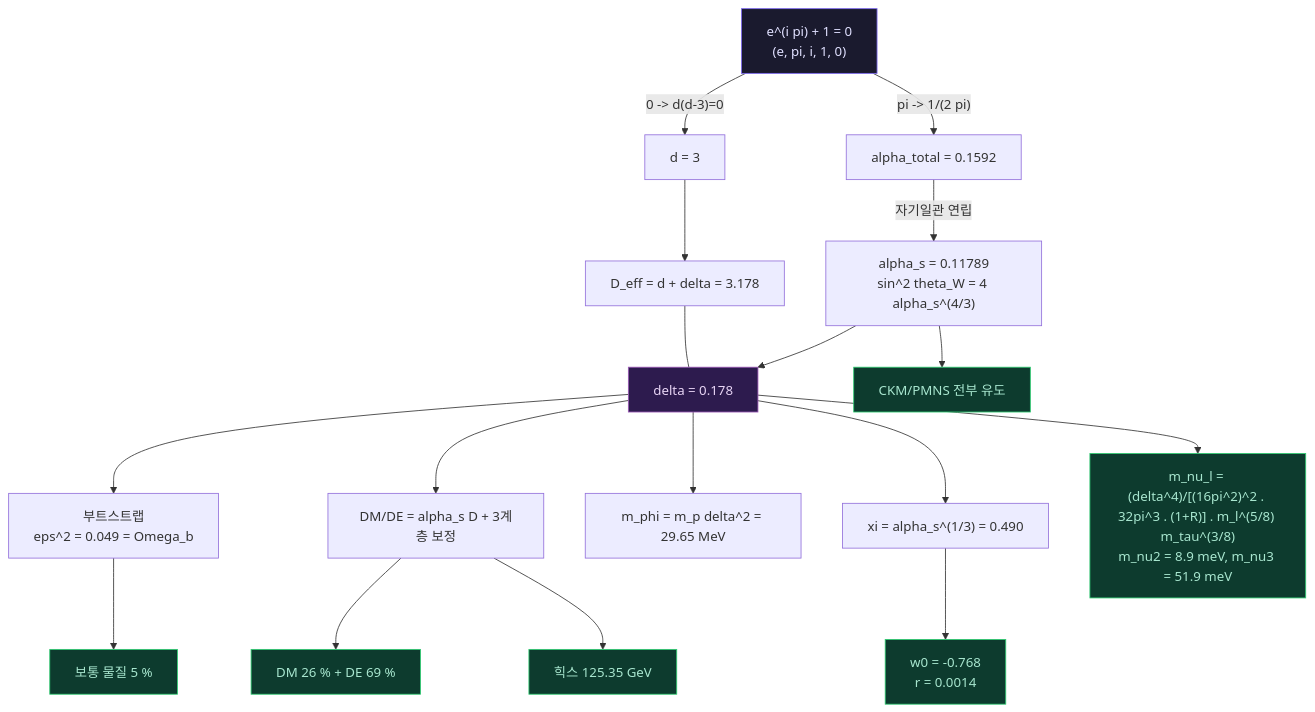
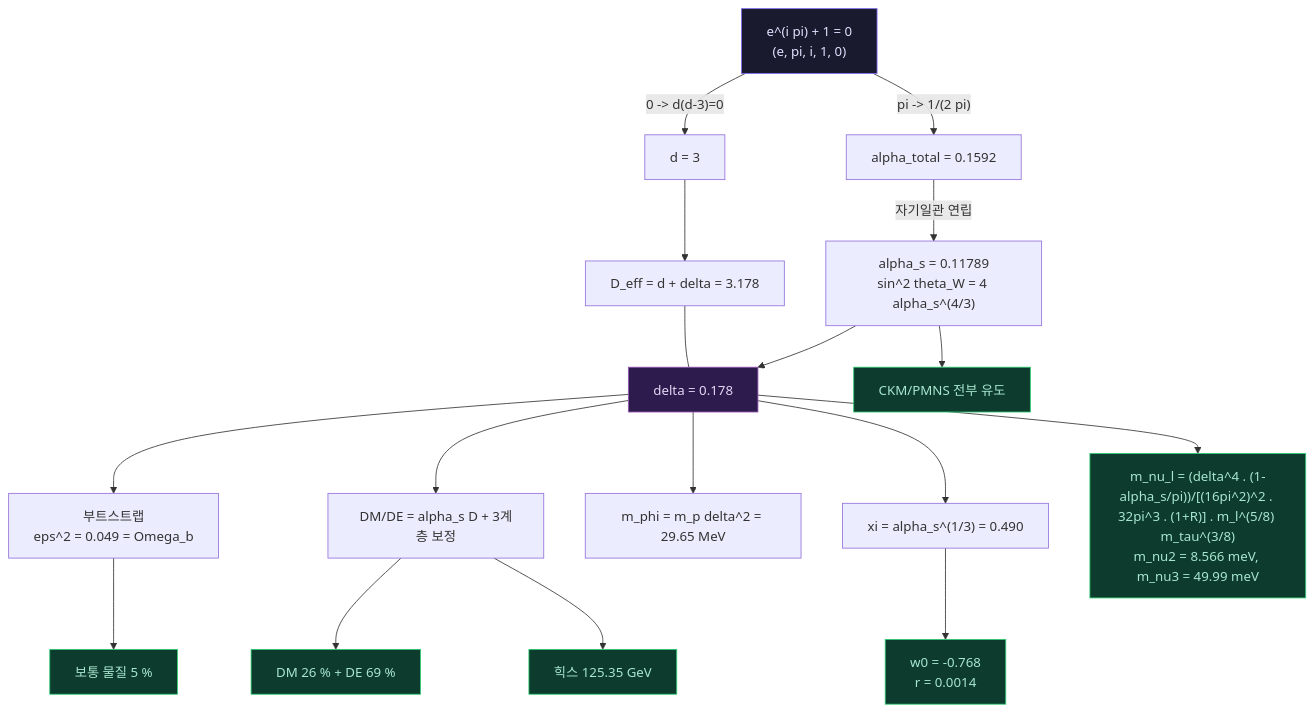
The diagram in README.md (jigglypop/CE-BRAIN), drawn with Mermaid before and after one commit. The commit also changed other lines of this file and 1 other file, not shown here.

````diff
--- a/README.md
+++ b/README.md
@@ -182,34 +182,34 @@
 ```mermaid
 graph TD
     E["e^(i pi) + 1 = 0<br/>(e, pi, i, 1, 0)"]
 
     E -->|"0 -> d(d-3)=0"| D["d = 3"]
     E -->|"pi -> 1/(2 pi)"| A["alpha_total = 0.1592"]
 
     A -->|"자기일관 연립"| AS["alpha_s = 0.11789<br/>sin^2 theta_W = 4 alpha_s^(4/3)"]
 
     D --> DEFF["D_eff = d + delta = 3.178"]
     AS --> DELTA["delta = 0.178"]
     DEFF --- DELTA
 
     DELTA --> BS["부트스트랩<br/>eps^2 = 0.049 = Omega_b"]
     DELTA --> QCD["DM/DE = alpha_s D + 3계층 보정"]
     DELTA --> MASS["m_phi = m_p delta^2 = 29.65 MeV"]
     DELTA --> XI["xi = alpha_s^(1/3) = 0.490"]
 
     BS --> OB["보통 물질 5 %"]
     QCD --> DM["DM 26 % + DE 69 %"]
     QCD --> MH["힉스 125.35 GeV"]
     XI --> W0["w0 = -0.768<br/>r = 0.0014"]
     AS --> CKM["CKM/PMNS 전부 유도"]
-    DELTA --> NU["m_nu_l = (delta^4)/[(16pi^2)^2 . 32pi^3 . (1+R)] . m_l^(5/8) m_tau^(3/8)<br/>m_nu2 = 8.9 meV, m_nu3 = 51.9 meV"]
+    DELTA --> NU["m_nu_l = (delta^4 . (1-alpha_s/pi))/[(16pi^2)^2 . 32pi^3 . (1+R)] . m_l^(5/8) m_tau^(3/8)<br/>m_nu2 = 8.566 meV, m_nu3 = 49.99 meV"]
 
     style E fill:#1a1a2e,color:#e0e0ff,stroke:#7b68ee
     style DELTA fill:#2d1b4e,color:#e8d5f5,stroke:#9b59b6
     style OB fill:#0d3b2e,color:#a8e6cf,stroke:#2ecc71
     style DM fill:#0d3b2e,color:#a8e6cf,stroke:#2ecc71
     style MH fill:#0d3b2e,color:#a8e6cf,stroke:#2ecc71
     style NU fill:#0d3b2e,color:#a8e6cf,stroke:#2ecc71
     style W0 fill:#0d3b2e,color:#a8e6cf,stroke:#2ecc71
     style CKM fill:#0d3b2e,color:#a8e6cf,stroke:#2ecc71
 ```
````
